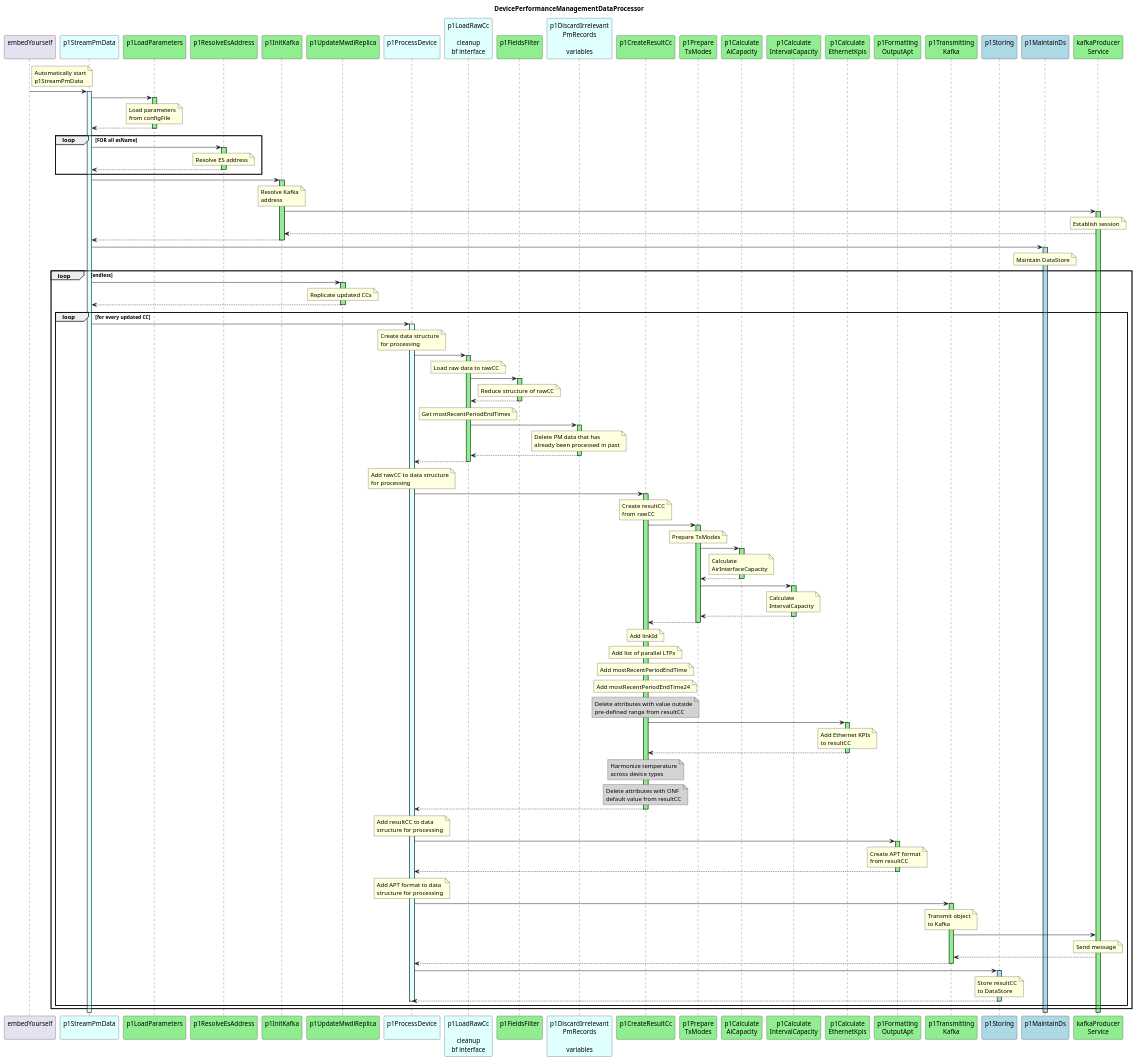
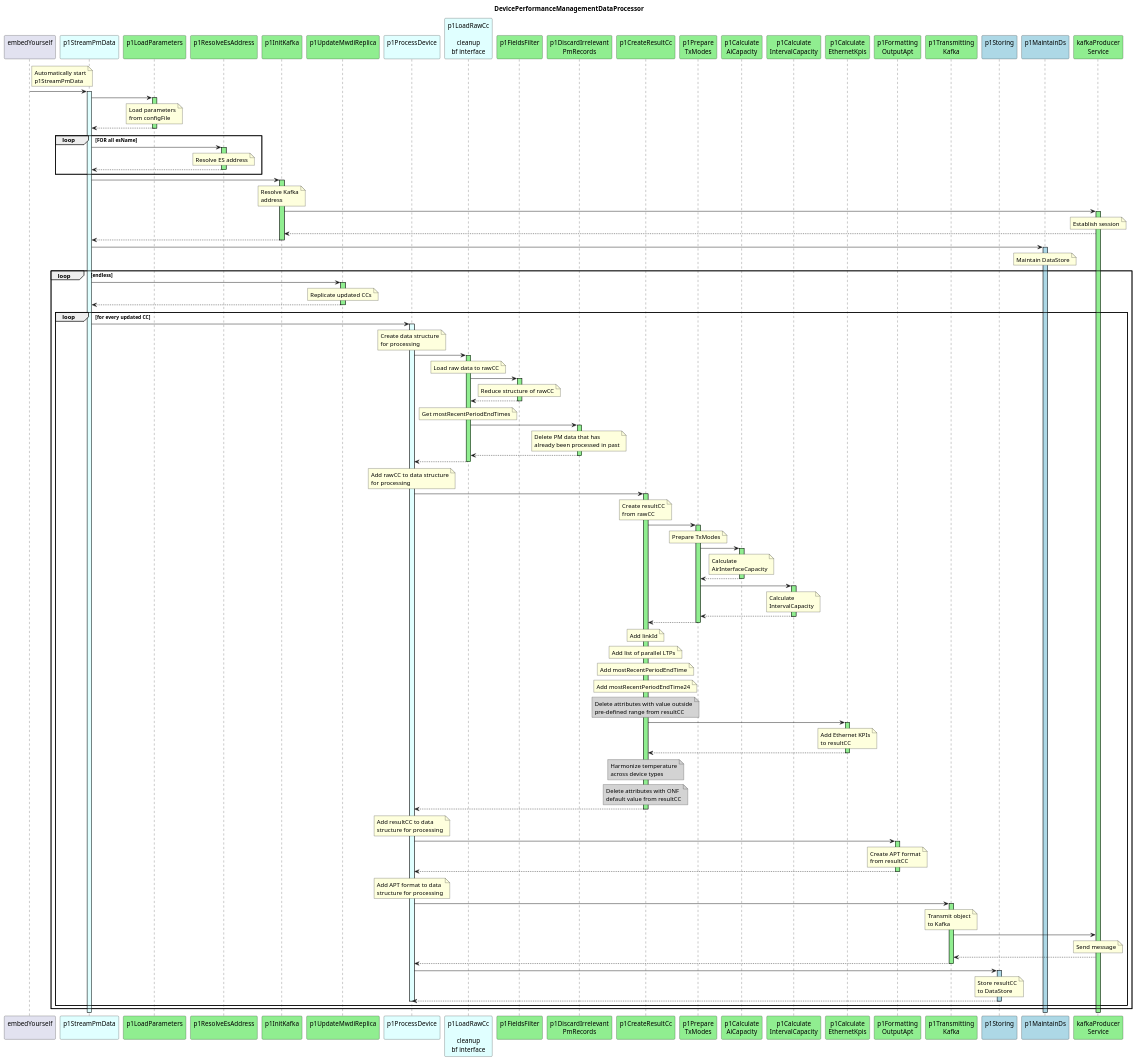
Before and after one commit to openBackhaul/DevicePerformanceManagementDataProcessor: the diagram in spec/diagrams/hl_sequence.plantuml, drawn with PlantUML. The commit also changed 31 other files, not shown here.

Commit message:
Clean up functions; Review p1DiscardIrrelevantPmRecords

```diff
--- a/spec/diagrams/hl_sequence.plantuml
+++ b/spec/diagrams/hl_sequence.plantuml
@@ -16,7 +16,7 @@
 
 participant "p1LoadRawCc\n\ncleanup\nbf interface" as p1AddRaw #LightCyan
 participant "p1FieldsFilter\n" as p1FieldsFilter #LightGreen
-participant "p1DiscardIrrelevant\nPmRecords\n\nvariables" as filterPm #LightCyan
+participant "p1DiscardIrrelevant\nPmRecords" as filterPm #LightGreen
 
 participant "p1CreateResultCc\n" as p1CreateResultCC #LightGreen
 participant "p1Prepare\nTxModes" as prepTxModes #LightGreen
```
